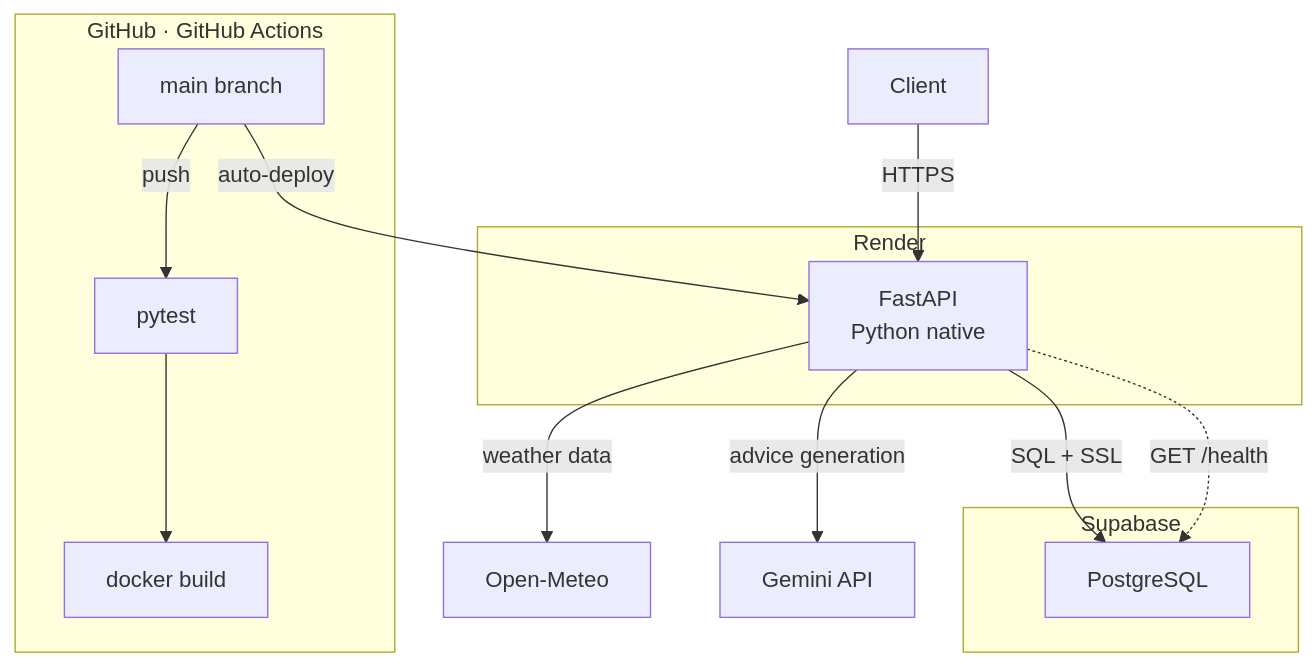
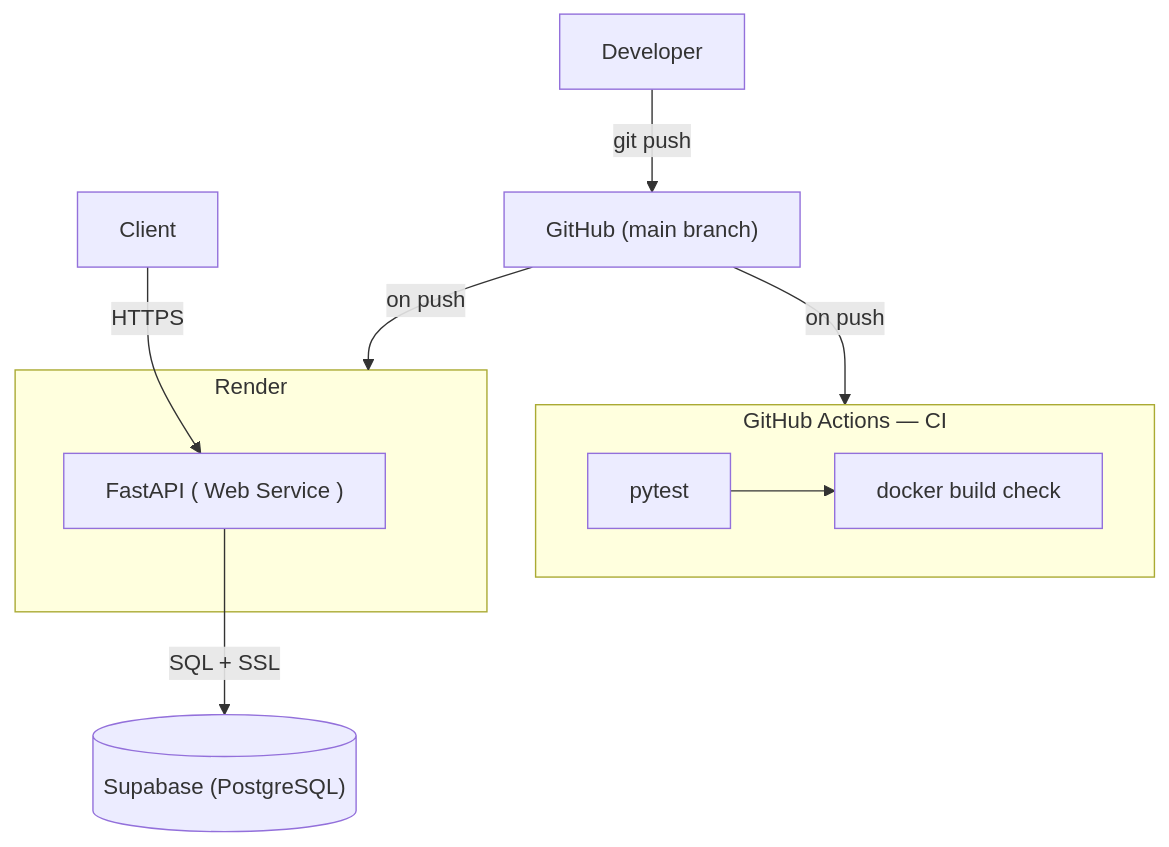
Before and after one commit to Dminin2/healthcare-ai-mvp: the second of 3 diagrams in README.md, drawn with Mermaid. The commit also changed other lines of this file and 1 other file, not shown here.

Commit message:
docs : resolve README merge conflicts

````diff
--- a/README.md
+++ b/README.md
@@ -83,30 +79,24 @@
 ```mermaid
 graph TD
+    Dev["Developer"]
     Client["Client"]
+    GH["GitHub (main branch)"]
 
-    subgraph GH["GitHub · GitHub Actions"]
-        Repo["main branch"]
+    subgraph CI["GitHub Actions — CI"]
         Test["pytest"]
-        DockerBuild["docker build"]
-        Repo -->|push| Test
-        Test --> DockerBuild
+        Build["docker build check"]
+        Test --> Build
     end
 
-    subgraph RENDER["Render"]
-        API["FastAPI\nPython native"]
+    subgraph RD["Render"]
+        API["FastAPI ( Web Service )"]
     end
 
-    subgraph SUPA["Supabase"]
-        DB["PostgreSQL"]
-    end
+    DB[("Supabase (PostgreSQL)")]
 
-    Weather["Open-Meteo"]
-    LLM["Gemini API"]
-
+    Dev -->|git push| GH
+    GH -->|on push| CI
+    GH -->|on push| RD
     Client -->|HTTPS| API
-    Repo -->|auto-deploy| API
     API -->|SQL + SSL| DB
-    API -.->|GET /health| DB
-    API -->|weather data| Weather
-    API -->|advice generation| LLM
 ```
````
